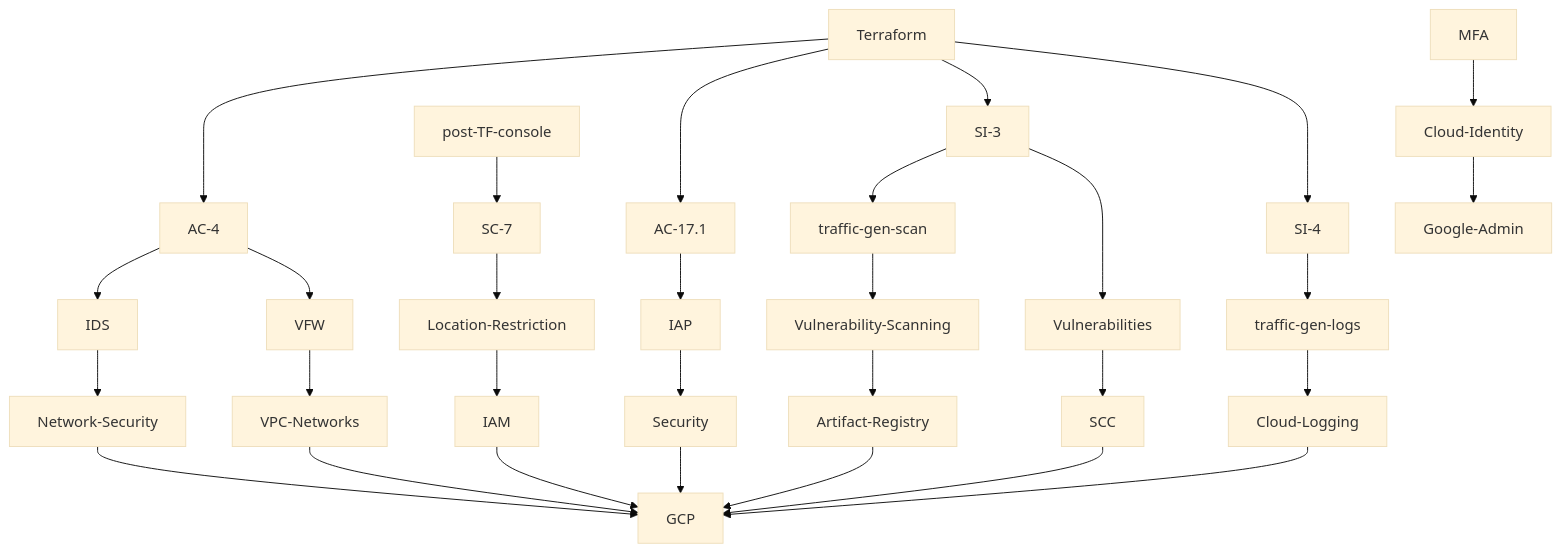
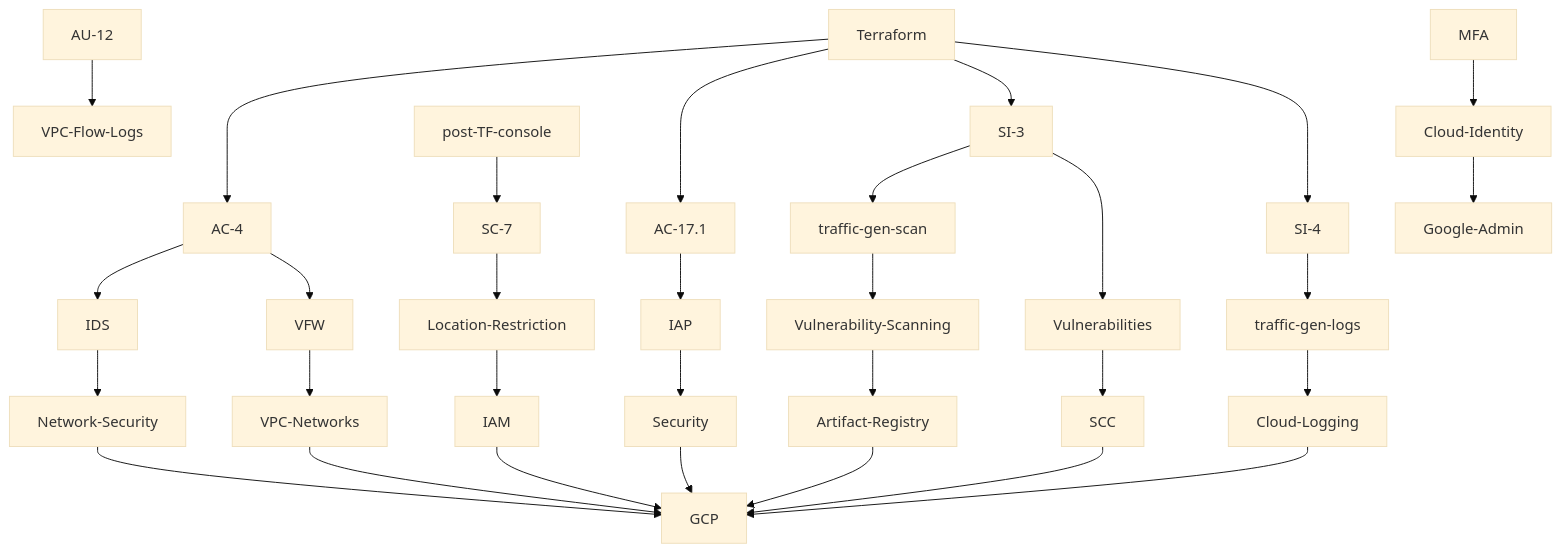
Before and after one commit to GoogleCloudPlatform/pbmm-on-gcp-onboarding: the first of 2 diagrams in docs/google-cloud-security-controls.md, drawn with Mermaid (base theme). The commit also changed other lines of this file, not shown here.

````diff
--- a/docs/google-cloud-security-controls.md
+++ b/docs/google-cloud-security-controls.md
@@ -5,40 +5,41 @@
 ```mermaid
 graph TD;
     
     Terraform-->AC-4;
     Terraform-->AC-17.1;
     Terraform-->SI-3;
     Terraform-->SI-4;
     
     AC-4-->IDS;
     AC-4-->VFW;
     AC-17.1-->IAP;
     SI-3-->traffic-gen-scan;
     traffic-gen-scan-->Vulnerability-Scanning;
     IAP-->Security;
     Vulnerability-Scanning-->Artifact-Registry;
+    AU-12-->VPC-Flow-Logs;
     
     SC-7-->Location-Restriction;
     SI-3-->Vulnerabilities;
     Vulnerabilities-->SCC;
     SI-4-->traffic-gen-logs;
     traffic-gen-logs-->Cloud-Logging;
     post-TF-console-->SC-7;
     
     Artifact-Registry-->GCP;
     IDS-->Network-Security;
     Cloud-Logging-->GCP;
     IAM-->GCP;
     Location-Restriction-->IAM;
     Network-Security-->GCP;
     SCC-->GCP;
     Security-->GCP;
     MFA-->Cloud-Identity;
     Cloud-Identity-->Google-Admin;
     VFW-->VPC-Networks;
     VPC-Networks-->GCP;
     
 
     
     
 ```
````
